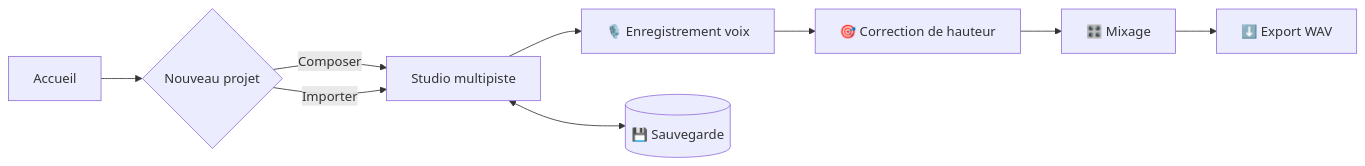
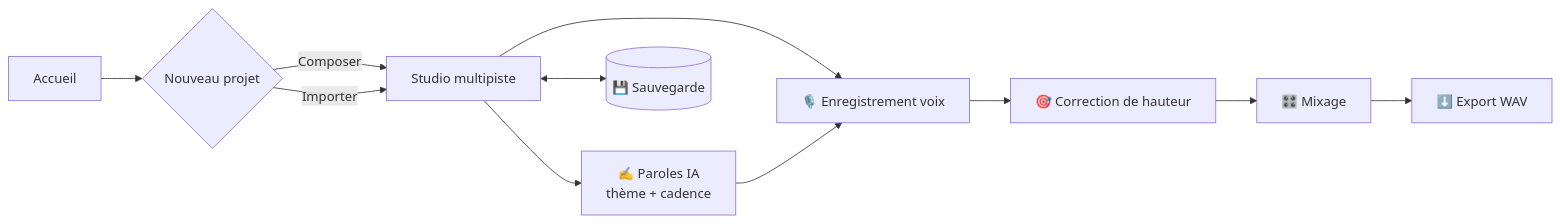
Before and after one commit to Zakary-213/AngularM1_Projet: the first of 3 diagrams in README.md, drawn with Mermaid. The commit also changed other lines of this file and 1 other file, not shown here.

First line of the commit message:
docs: mission M12, assistant d'écriture de paroles par IA (#34)

````diff
--- a/README.md
+++ b/README.md
@@ -55,11 +55,13 @@
 ```mermaid
 flowchart LR
     A[Accueil] --> B{Nouveau projet}
     B -->|Composer| C[Studio multipiste]
     B -->|Importer| C
     C --> D[🎙️ Enregistrement voix]
+    P[✍️ Paroles IA<br/>thème + cadence] --> D
+    C --> P
     D --> E[🎯 Correction de hauteur]
     E --> F[🎛️ Mixage]
     F --> G[⬇️ Export WAV]
     C <--> H[(💾 Sauvegarde)]
 ```
````
